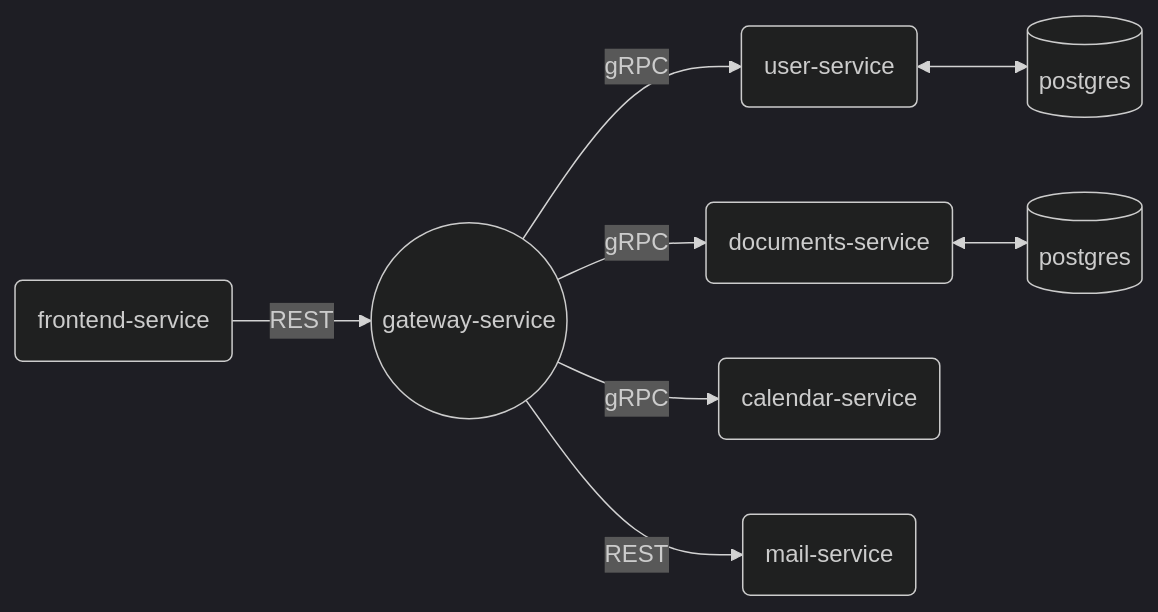
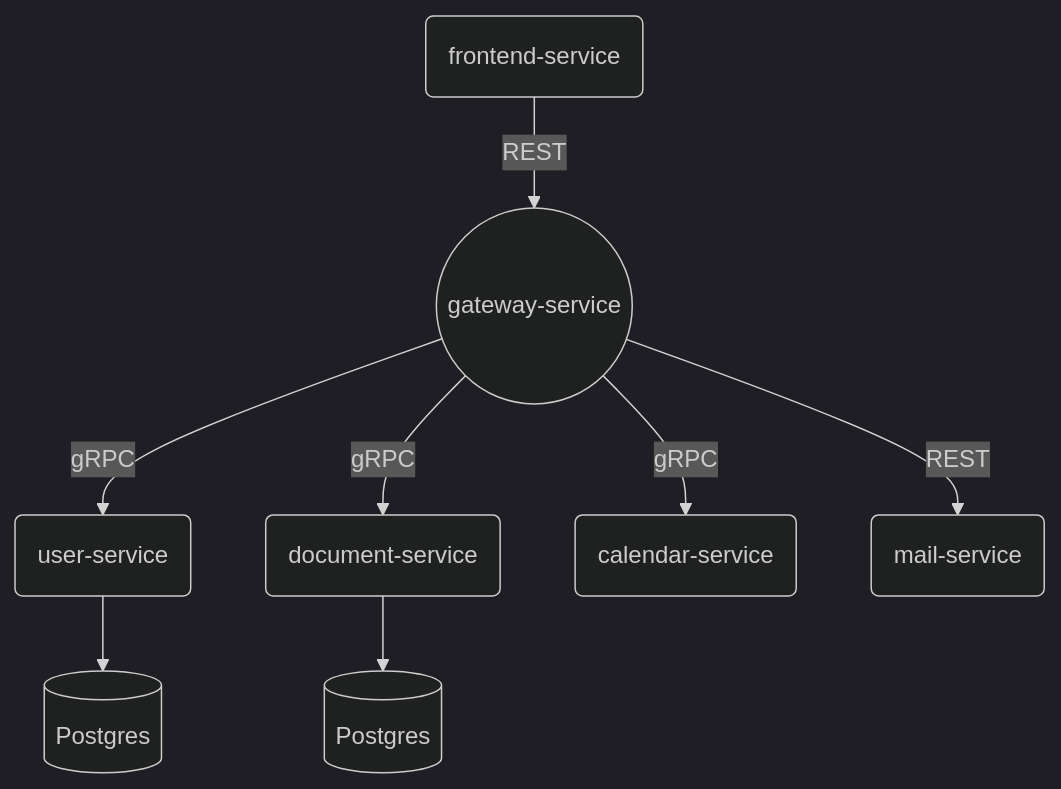
The diagram in README.md (samgozman/validity.red), drawn with Mermaid (dark theme) before and after one commit.

Commit message:
Update diagram

````diff
--- a/README.md
+++ b/README.md
@@ -5,8 +5,13 @@
 ```mermaid
-graph LR
+graph TB
     A(frontend-service) --> |REST| B((gateway-service))
-    B -->|gRPC| C(user-service) <--> F[(postgres)]
-    B -->|gRPC| D(documents-service) <--> G[(postgres)]
+    B -->|gRPC| C(user-service) --> F[(Postgres)]
+    B -->|gRPC| D(document-service) --> G[(Postgres)]
     B -->|gRPC| E(calendar-service)
     B -->|REST| H(mail-service)
+    click A "./frontend-service" "Frontend SPA written in VueJS and TypeScript"
+    click B "./gateway-service" "Gateway service written in Go"
+    click C "./user-service" "Users service written in Go"
+    click D "./document-service" "Documents service written in Go"
+    click E "./calendar-service" "Calendar service written in Rust"
 ```
````
